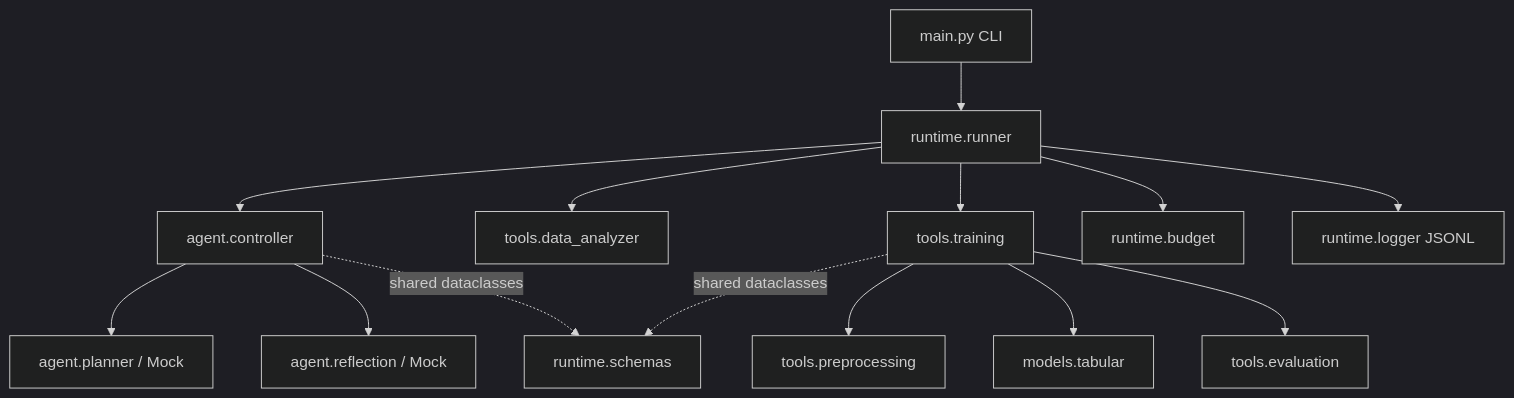
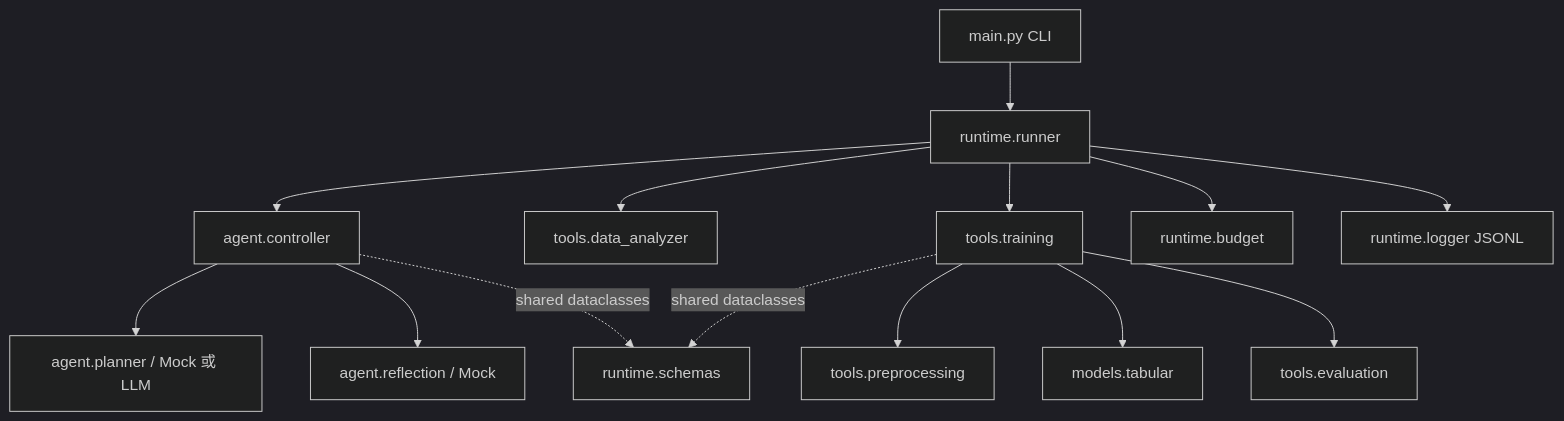
The diagram in README.md (PLANCK234/AIAA3102_FP), drawn with Mermaid (dark theme) before and after one commit. The commit also changed other lines of this file and 19 other files, not shown here.

````diff
--- a/README.md
+++ b/README.md
@@ -13,16 +13,16 @@
 ```mermaid
 flowchart TD
   CLI[main.py CLI] --> Runner[runtime.runner]
   Runner --> Controller[agent.controller]
-  Controller --> Planner[agent.planner / Mock]
+  Controller --> Planner[agent.planner / Mock 或 LLM]
   Controller --> Reflection[agent.reflection / Mock]
   Runner --> Analyzer[tools.data_analyzer]
   Runner --> Trainer[tools.training]
   Trainer --> Preprocess[tools.preprocessing]
   Trainer --> Model[models.tabular]
   Trainer --> Evaluation[tools.evaluation]
   Runner --> Budget[runtime.budget]
   Runner --> Logger[runtime.logger JSONL]
   Controller -. shared dataclasses .-> Schemas[runtime.schemas]
   Trainer -. shared dataclasses .-> Schemas
 ```
````
